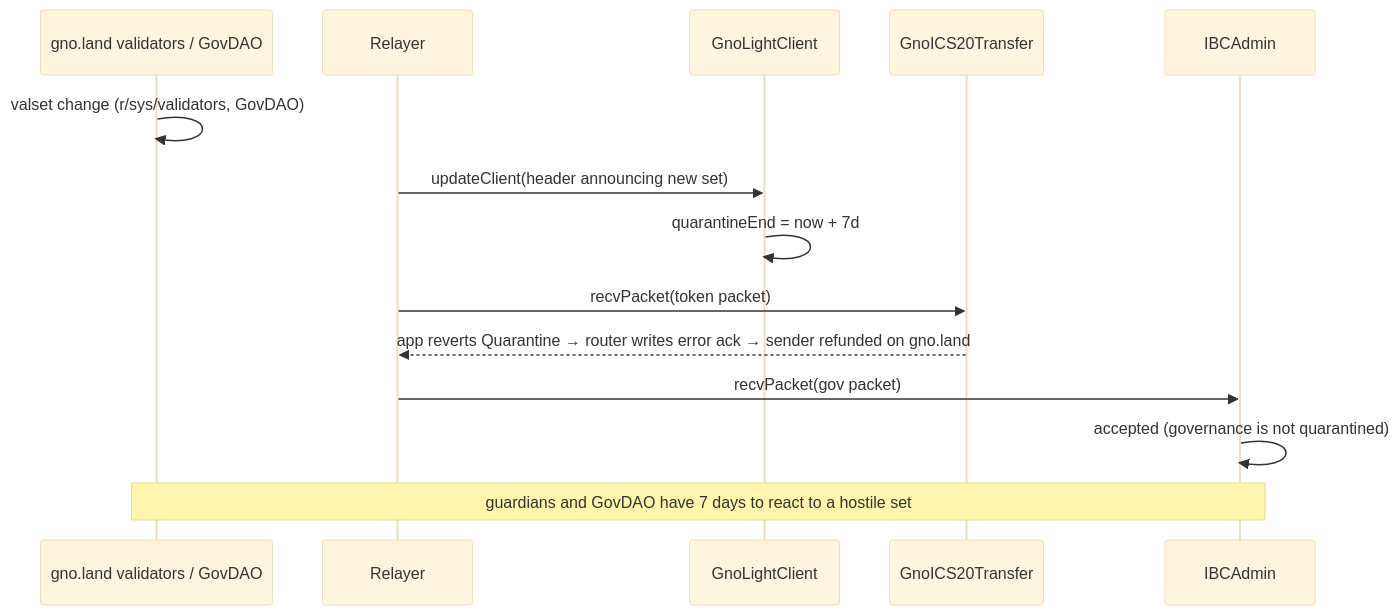
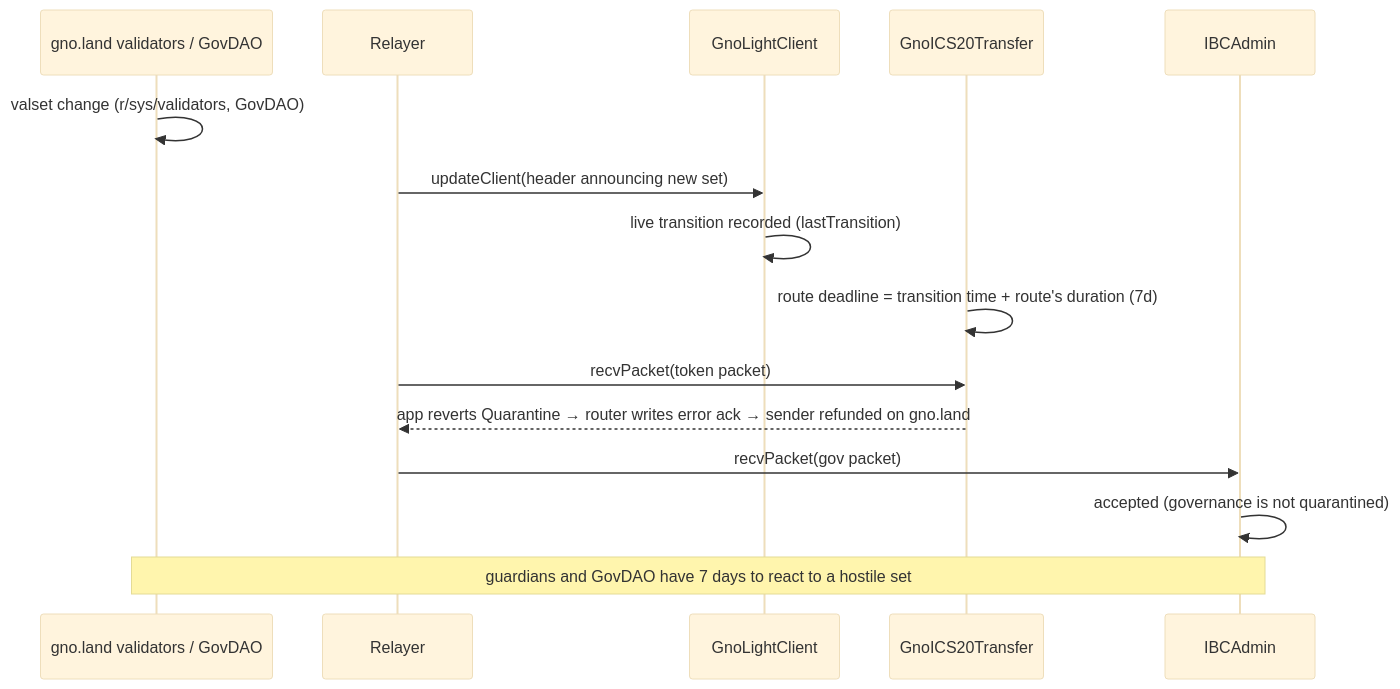
The tenth of 13 diagrams in gno.land/adr/pr6375_ibc_ethereum.md (gnolang/gno), drawn with Mermaid (base theme) before and after one commit. The commit also changed other lines of this file, not shown here.

````diff
--- a/gno.land/adr/pr6375_ibc_ethereum.md
+++ b/gno.land/adr/pr6375_ibc_ethereum.md
@@ -595,16 +690,17 @@
 ```mermaid
 sequenceDiagram
   participant V as gno.land validators / GovDAO
   participant R as Relayer
   participant LC as GnoLightClient
   participant I as GnoICS20Transfer
   participant A as IBCAdmin
   V->>V: valset change (r/sys/validators, GovDAO)
   R->>LC: updateClient(header announcing new set)
-  LC->>LC: quarantineEnd = now + 7d
+  LC->>LC: live transition recorded (lastTransition)
+  I->>I: route deadline = transition time + route's duration (7d)
   R->>I: recvPacket(token packet)
   I-->>R: app reverts Quarantine → router writes error ack → sender refunded on gno.land
   R->>A: recvPacket(gov packet)
   A->>A: accepted (governance is not quarantined)
   Note over V,A: guardians and GovDAO have 7 days to react to a hostile set
 ```
````
